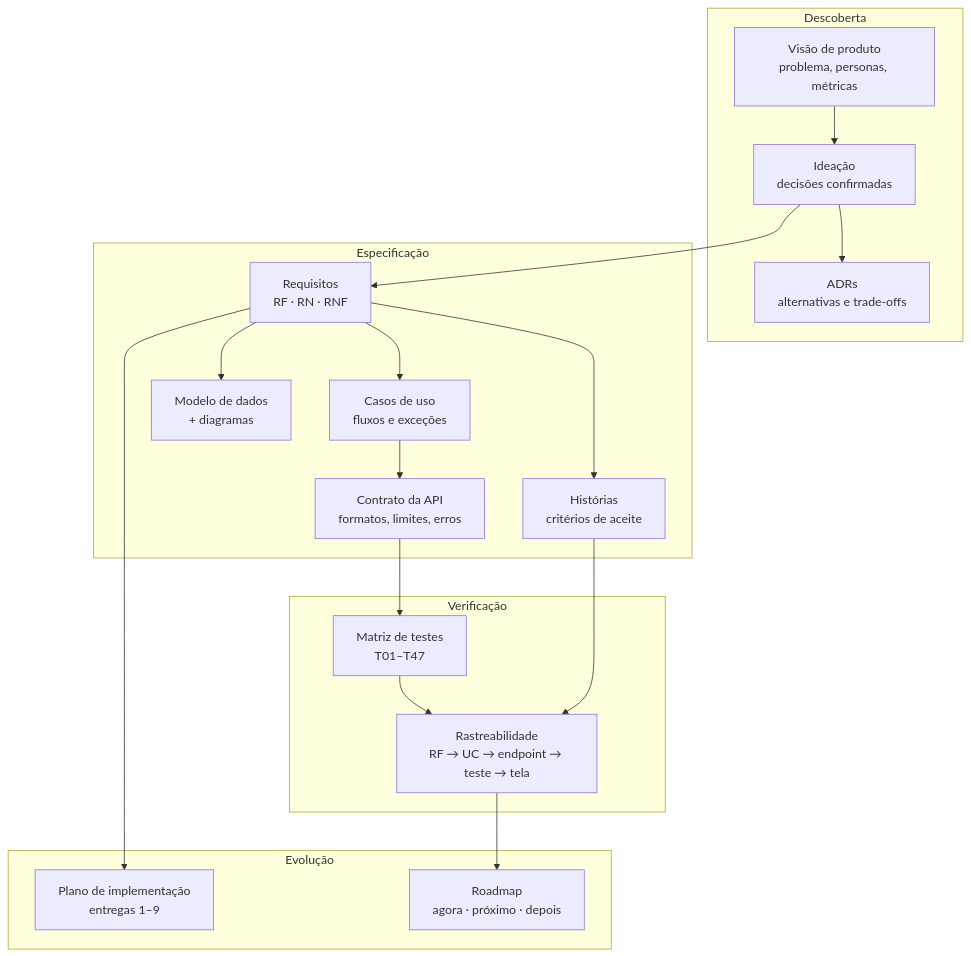
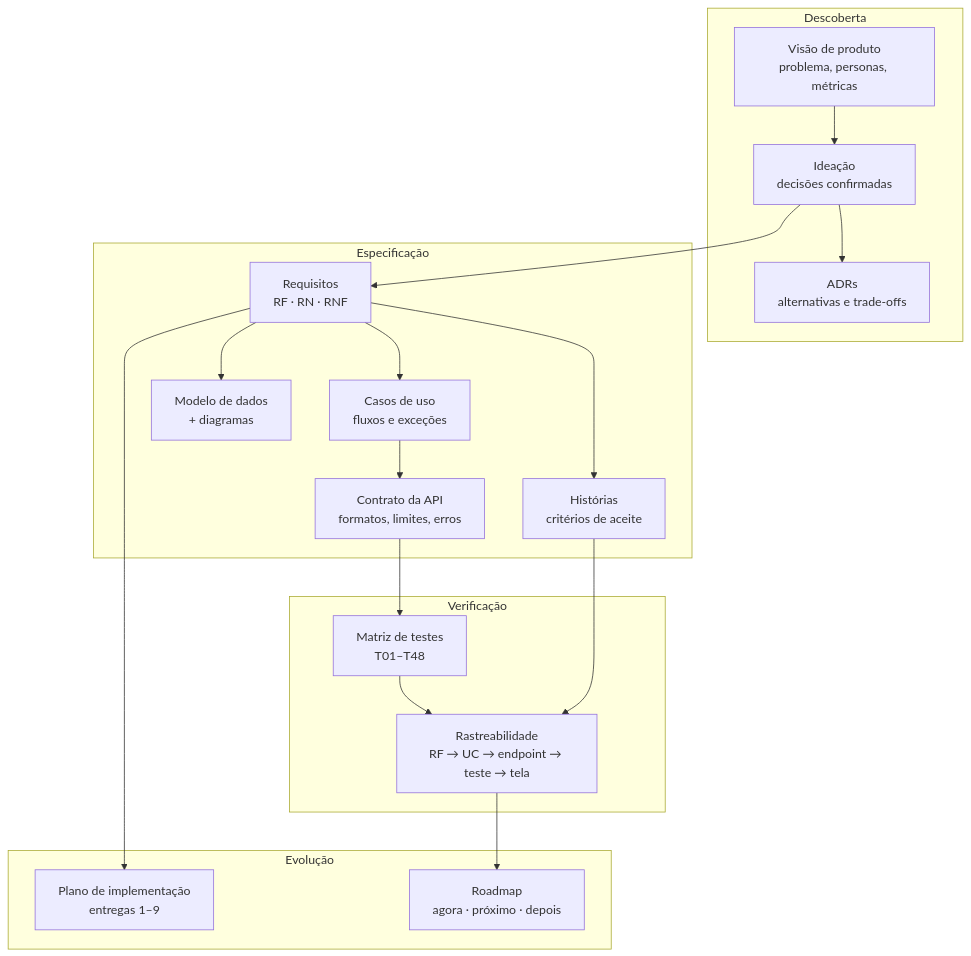
One commit to vsys-val/fastapi-merchant-app changed the diagram in docs/README.md. Above: the diagram before and after it, drawn with Mermaid. The commit also changed other lines of this file and 12 other files, not shown here.

````diff
--- a/docs/README.md
+++ b/docs/README.md
@@ -17,32 +17,32 @@
 ```mermaid
 flowchart TB
   subgraph Descoberta
     VP[Visão de produto<br/>problema, personas, métricas]
     ID[Ideação<br/>decisões confirmadas]
     ADR[ADRs<br/>alternativas e trade-offs]
   end
   subgraph Especificação
     RQ[Requisitos<br/>RF · RN · RNF]
     US[Histórias<br/>critérios de aceite]
     UC[Casos de uso<br/>fluxos e exceções]
     CT[Contrato da API<br/>formatos, limites, erros]
     MD[Modelo de dados<br/>+ diagramas]
   end
   subgraph Verificação
-    MT[Matriz de testes<br/>T01–T47]
+    MT[Matriz de testes<br/>T01–T48]
     RT[Rastreabilidade<br/>RF → UC → endpoint → teste → tela]
   end
   subgraph Evolução
     PL[Plano de implementação<br/>entregas 1–9]
     RM[Roadmap<br/>agora · próximo · depois]
   end
   VP --> ID --> ADR
   ID --> RQ
   RQ --> US & UC
   UC --> CT --> MT
   RQ --> MD
   MT --> RT
   US --> RT
   RT --> RM
   RQ --> PL
 ```
````
